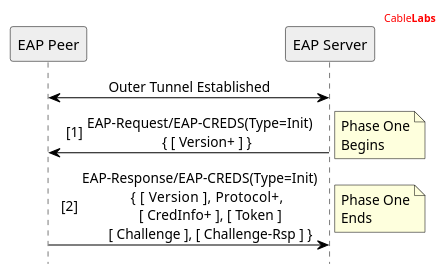
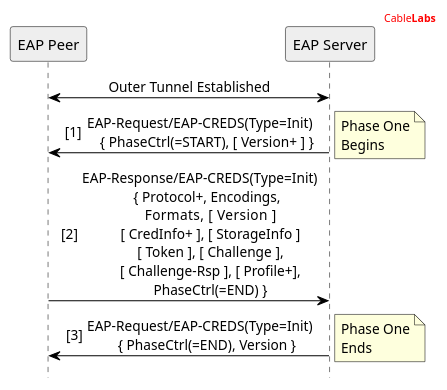
One commit to openca/eap-creds changed the diagram in UML/EAP-CREDS Phase One Flow.puml. Above: the diagram before and after it, drawn with PlantUML. The commit also changed 8 other files, not shown here.

```diff
--- a/UML/EAP-CREDS Phase One Flow.puml
+++ b/UML/EAP-CREDS Phase One Flow.puml
@@ -2,40 +2,42 @@
 @startuml
 
 '' header information
 header
 <font color="red">Cable<b>Labs</b></font>
 endheader
 
 '' Use this to hide the foot boxes
 hide footbox
 
 skinparam sequenceMessageAlign center
 skinparam NoteBorderColor black
 '' skinparam BackgroundColor #ddd
 
 ''skinparam shadowing<<no_shadow>> true
 ''skinparam shadowing<<with_shadow>> false
 
 skinparam sequence {
 	borderColor black
 	ArrowColor black
 	ActorBorderColor black
 	ParticipantBorderColor black
 	LifeLineBorderColor black
 	LifeLineBackgroundColor white
 }
 
 '' Participants Declaration
 Participant "EAP Peer" as P #eee
 Participant "EAP Server" as S #eee
 
 P<->S: Outer Tunnel Established
 
 autonumber 1 "[##]"
-S->P: EAP-Request/EAP-CREDS(Type=Init)\n    { [ Version+ ] }
+S->P: EAP-Request/EAP-CREDS(Type=Init)\n    { PhaseCtrl(=START), [ Version+ ] }
 note right: Phase One\nBegins
 
-P->S: EAP-Response/EAP-CREDS(Type=Init)\n    { [  Version  ], Protocol+,\n      [ CredInfo+ ], [ Token ]\n      [ Challenge ], [ Challenge-Rsp ] }
+P->S: EAP-Response/EAP-CREDS(Type=Init)\n    { Protocol+, Encodings,\n      Formats, [  Version  ]\n      [ CredInfo+ ], [ StorageInfo ]\n      [ Token ], [ Challenge ],\n      [ Challenge-Rsp ], [ Profile+],\n      PhaseCtrl(=END) }
+
+S->P: EAP-Request/EAP-CREDS(Type=Init)\n    { PhaseCtrl(=END), Version }
 note right: Phase One\nEnds
 
 @enduml
```
